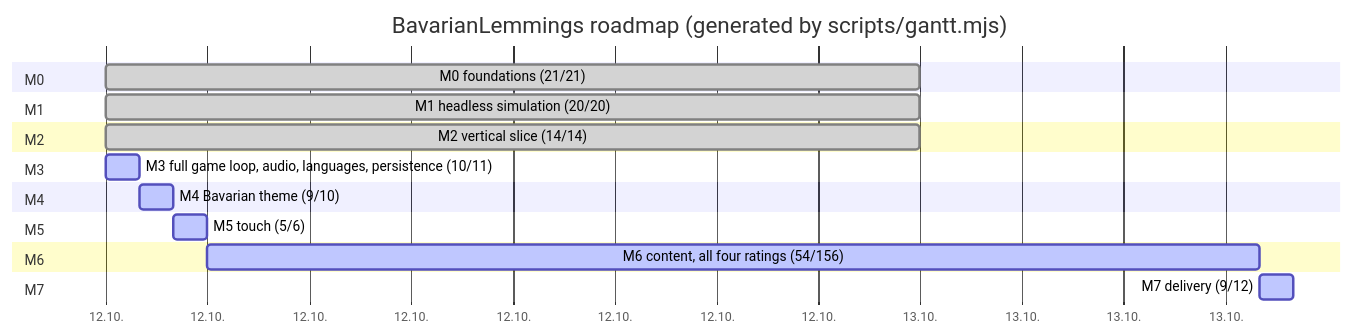
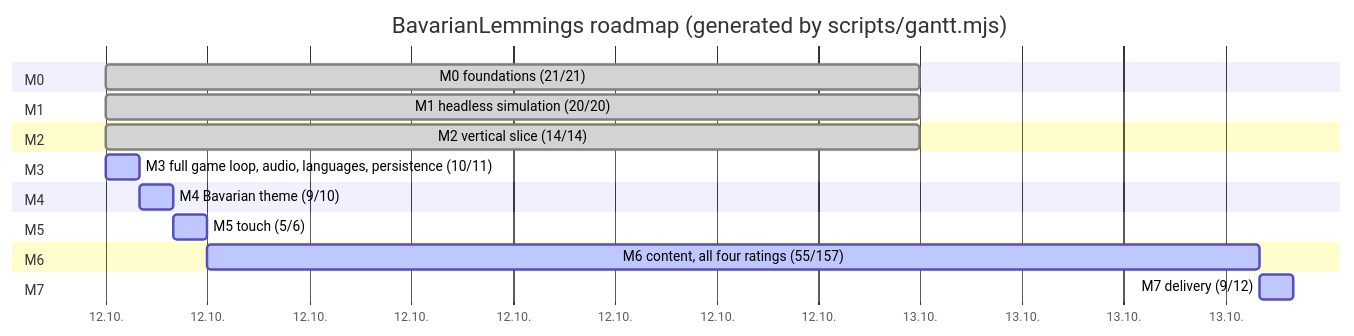
One commit to marcelpetrick/BavarianLemmings changed the diagram in plan.md. Above: the diagram before and after it, drawn with Mermaid. The commit also changed other lines of this file and 7 other files, not shown here.

````diff
--- a/plan.md
+++ b/plan.md
@@ -43,22 +43,22 @@
 ```mermaid
 gantt
     title BavarianLemmings roadmap (generated by scripts/gantt.mjs)
     dateFormat  YYYY-MM-DD
     axisFormat  %d.%m.
     section M0
     M0 foundations (21/21) :done, m0, 2026-10-12, 1d
     section M1
     M1 headless simulation (20/20) :done, m1, 2026-10-12, 1d
     section M2
     M2 vertical slice (14/14) :done, m2, 2026-10-12, 1d
     section M3
     M3 full game loop, audio, languages, persistence (10/11) :active, m3, 2026-10-12, 1h
     section M4
     M4 Bavarian theme (9/10) :active, m4, after m3, 1h
     section M5
     M5 touch (5/6) :active, m5, after m4, 1h
     section M6
-    M6 content, all four ratings (54/156) :active, m6, after m5, 31h
+    M6 content, all four ratings (55/157) :active, m6, after m5, 31h
     section M7
     M7 delivery (9/12) :active, m7, after m6, 1h
 ```
````
